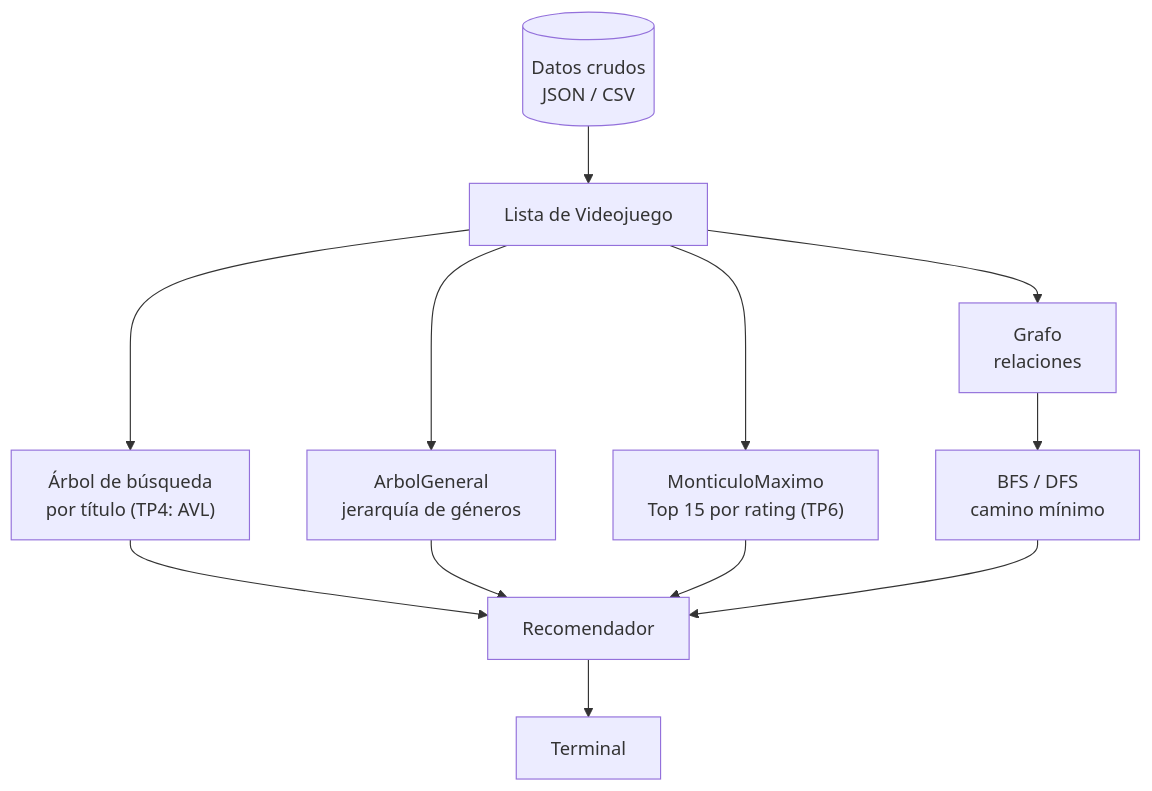
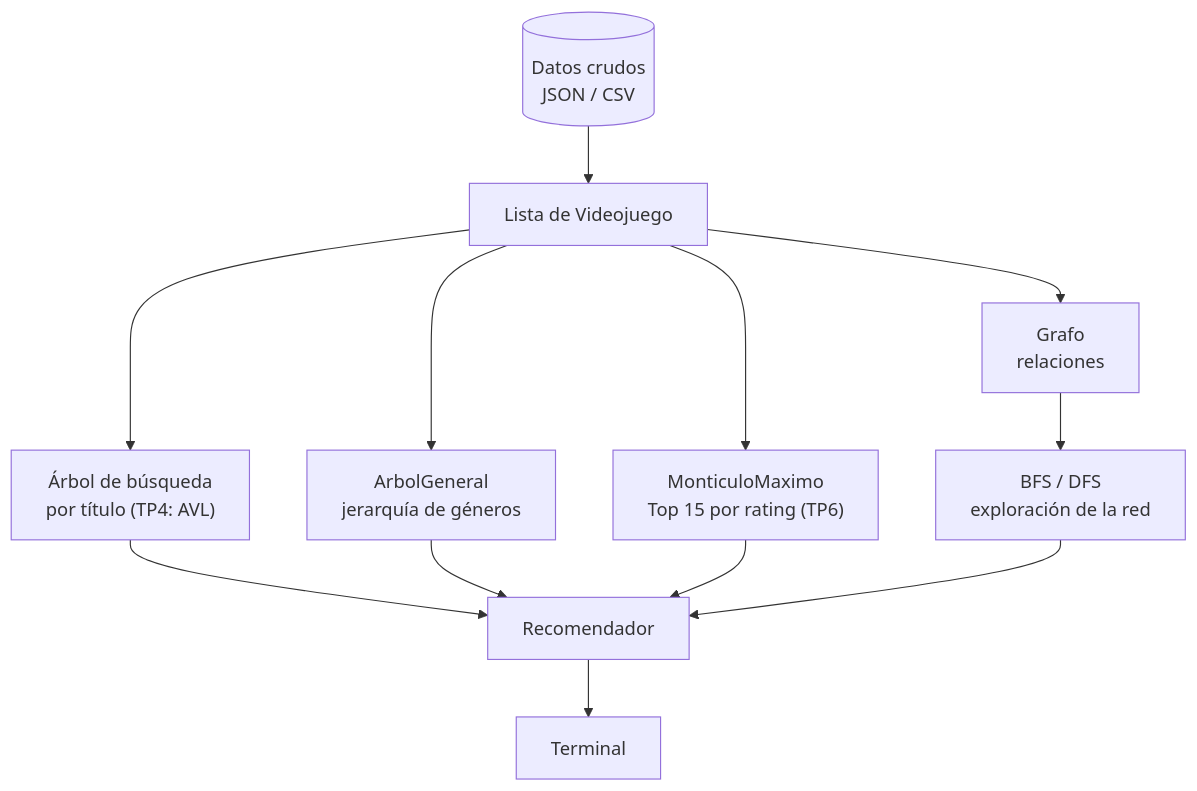
Before and after one commit to Dasein369/tpi_edd2026_recomendador: the second of 2 diagrams in docs/04_diagrama_datos.md, drawn with Mermaid. The commit also changed other lines of this file, not shown here.

````diff
--- a/docs/04_diagrama_datos.md
+++ b/docs/04_diagrama_datos.md
@@ -63,14 +63,14 @@
 ```mermaid
 flowchart TD
     A[("Datos crudos<br/>JSON / CSV")] --> B["Lista de Videojuego"]
     B --> C["Árbol de búsqueda<br/>por título (TP4: AVL)"]
     B --> D["ArbolGeneral<br/>jerarquía de géneros"]
     B --> E["MonticuloMaximo<br/>Top 15 por rating (TP6)"]
     B --> F["Grafo<br/>relaciones"]
-    F --> G["BFS / DFS<br/>camino mínimo"]
+    F --> G["BFS / DFS<br/>exploración de la red"]
     C --> H["Recomendador"]
     D --> H
     E --> H
     G --> H
     H --> I["Terminal"]
 ```
````
